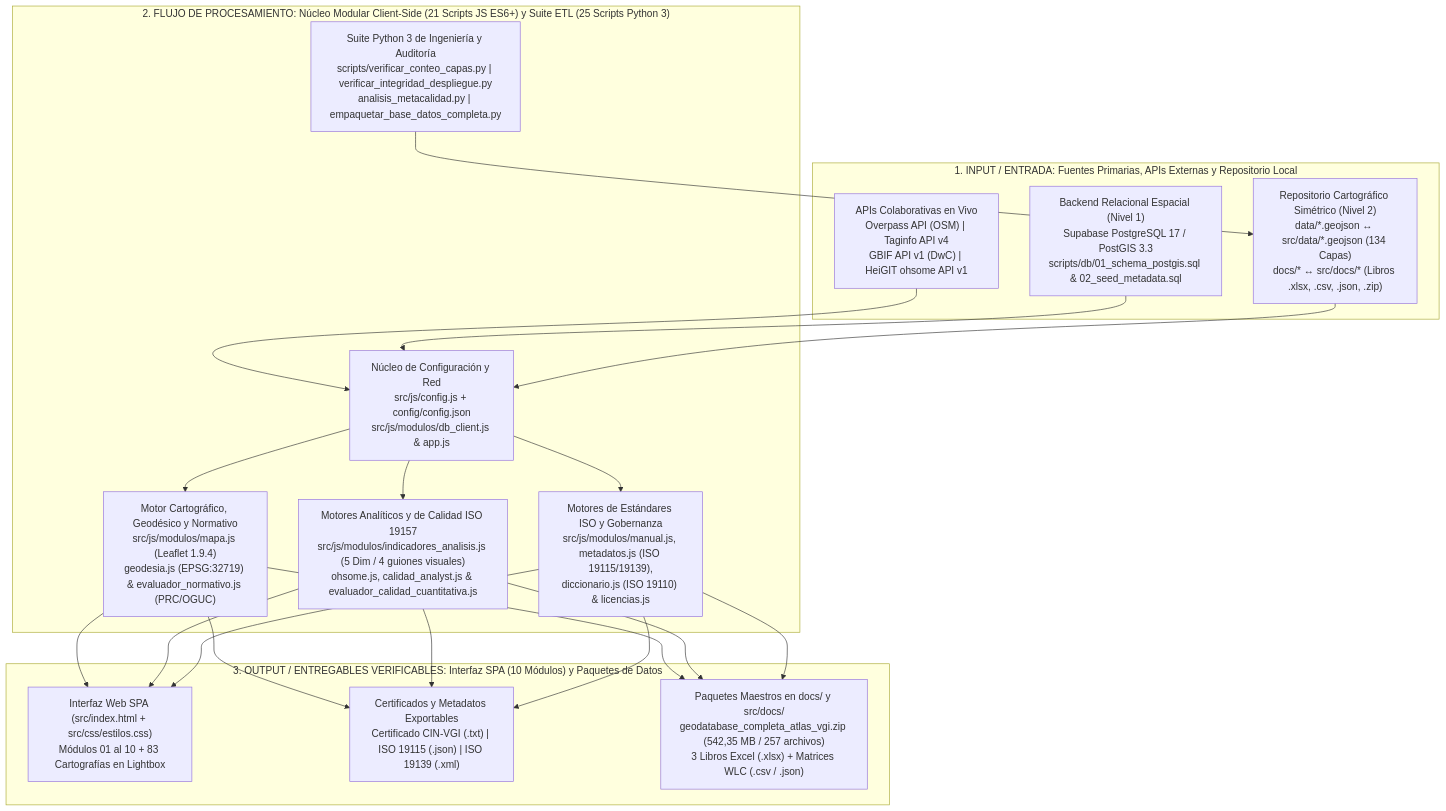
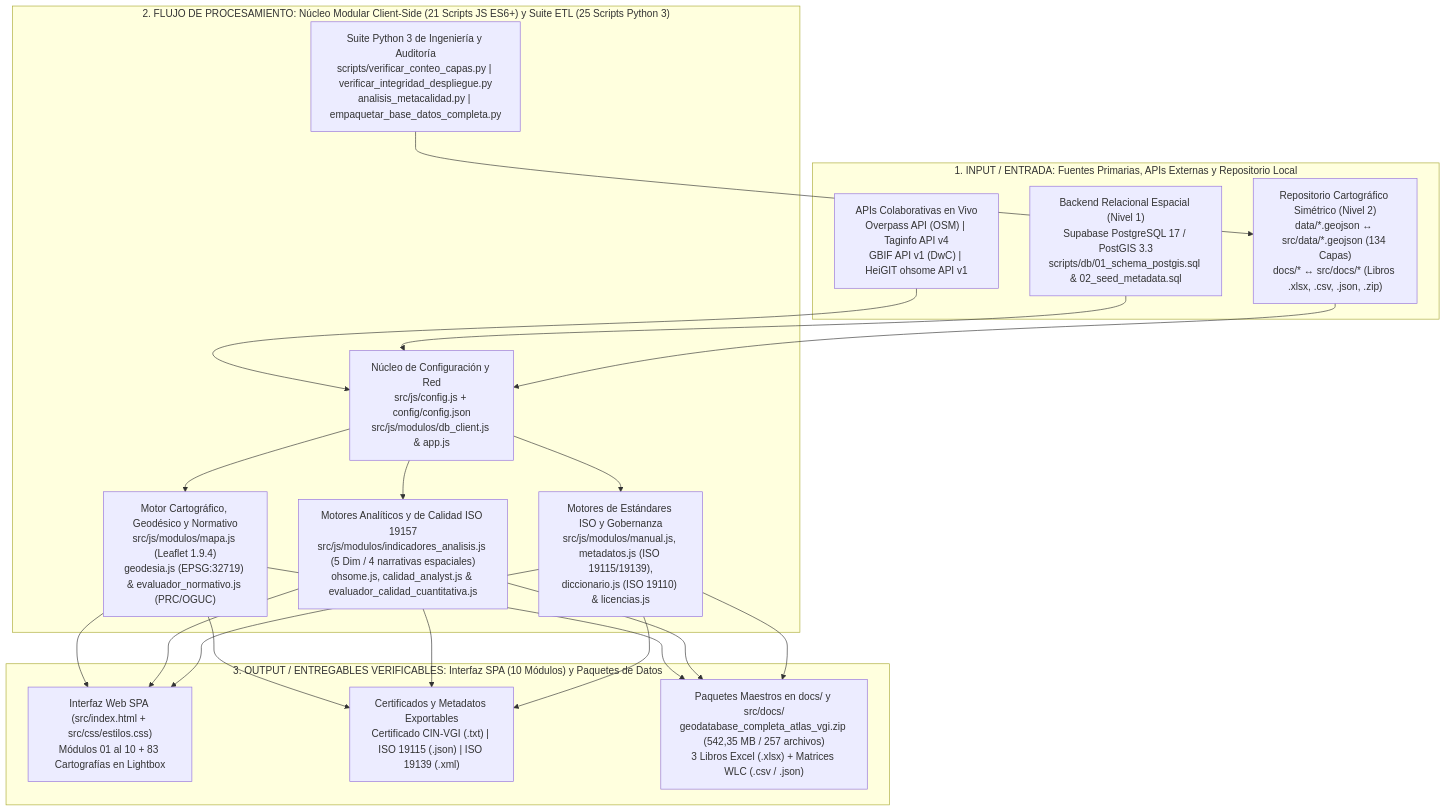
Before and after one commit to GEOJOTA/atlas-vgi-barrio-brasil: the first of 4 diagrams in docs/ARQUITECTURA.md, drawn with Mermaid. The commit also changed other lines of this file and 13 other files, not shown here.

Commit message:
feat: implementar Prototipo 02 - Atlas para la Gestión Territorial con arquitectura de 3 módulos, narrativas espaciales prioritarias y manual interactivo

````diff
--- a/docs/ARQUITECTURA.md
+++ b/docs/ARQUITECTURA.md
@@ -25,27 +25,27 @@
 ```mermaid
 flowchart TB
     subgraph CAPA1["1. INPUT / ENTRADA: Fuentes Primarias, APIs Externas y Repositorio Local"]
         F1["APIs Colaborativas en Vivo<br/>Overpass API (OSM) | Taginfo API v4<br/>GBIF API v1 (DwC) | HeiGIT ohsome API v1"]
         F2["Backend Relacional Espacial (Nivel 1)<br/>Supabase PostgreSQL 17 / PostGIS 3.3<br/>scripts/db/01_schema_postgis.sql & 02_seed_metadata.sql"]
         F3["Repositorio Cartográfico Simétrico (Nivel 2)<br/>data/*.geojson ↔ src/data/*.geojson (134 Capas)<br/>docs/* ↔ src/docs/* (Libros .xlsx, .csv, .json, .zip)"]
     end
 
     subgraph CAPA2["2. FLUJO DE PROCESAMIENTO: Núcleo Modular Client-Side (21 Scripts JS ES6+) y Suite ETL (25 Scripts Python 3)"]
         N1["Núcleo de Configuración y Red<br/>src/js/config.js + config/config.json<br/>src/js/modulos/db_client.js & app.js"]
         N2["Motor Cartográfico, Geodésico y Normativo<br/>src/js/modulos/mapa.js (Leaflet 1.9.4)<br/>geodesia.js (EPSG:32719) & evaluador_normativo.js (PRC/OGUC)"]
-        N3["Motores Analíticos y de Calidad ISO 19157<br/>src/js/modulos/indicadores_analisis.js (5 Dim / 4 guiones visuales)<br/>ohsome.js, calidad_analyst.js & evaluador_calidad_cuantitativa.js"]
+        N3["Motores Analíticos y de Calidad ISO 19157<br/>src/js/modulos/indicadores_analisis.js (5 Dim / 4 narrativas espaciales)<br/>ohsome.js, calidad_analyst.js & evaluador_calidad_cuantitativa.js"]
         N4["Motores de Estándares ISO y Gobernanza<br/>src/js/modulos/manual.js, metadatos.js (ISO 19115/19139),<br/>diccionario.js (ISO 19110) & licencias.js"]
         N5["Suite Python 3 de Ingeniería y Auditoría<br/>scripts/verificar_conteo_capas.py | verificar_integridad_despliegue.py<br/>analisis_metacalidad.py | empaquetar_base_datos_completa.py"]
     end
 
     subgraph CAPA3["3. OUTPUT / ENTREGABLES VERIFICABLES: Interfaz SPA (10 Módulos) y Paquetes de Datos"]
         S1["Interfaz Web SPA (src/index.html + src/css/estilos.css)<br/>Módulos 01 al 10 + 83 Cartografías en Lightbox"]
         S2["Certificados y Metadatos Exportables<br/>Certificado CIN-VGI (.txt) | ISO 19115 (.json) | ISO 19139 (.xml)"]
         S3["Paquetes Maestros en docs/ y src/docs/<br/>geodatabase_completa_atlas_vgi.zip (542,35 MB / 257 archivos)<br/>3 Libros Excel (.xlsx) + Matrices WLC (.csv / .json)"]
     end
 
     F1 & F2 & F3 --> N1
     N5 --> F3
     N1 --> N2 & N3 & N4
     N2 & N3 & N4 --> S1 & S2 & S3
 ```
````
